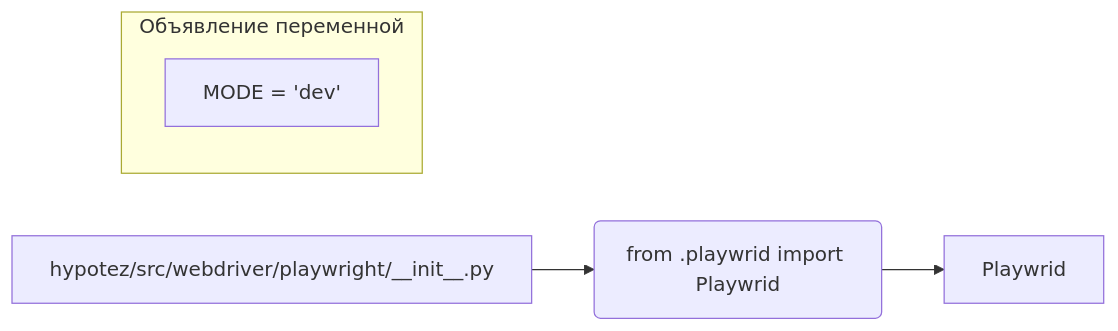
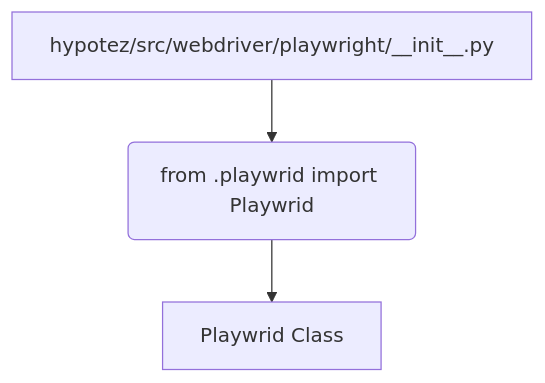
The diagram in docs/gemini/ru/explainer/src/webdriver/playwright/__init__.md (hypo69/hypo), drawn with Mermaid before and after one commit. The commit also changed other lines of this file and 311 other files, not shown here.

````diff
--- a/docs/gemini/ru/explainer/src/webdriver/playwright/__init__.md
+++ b/docs/gemini/ru/explainer/src/webdriver/playwright/__init__.md
@@ -40,8 +28,5 @@
 ```mermaid
-graph LR
+graph TD
     A[hypotez/src/webdriver/playwright/__init__.py] --> B(from .playwrid import Playwrid);
-    B --> C[Playwrid];
-    subgraph Объявление переменной
-        D[MODE = 'dev']
-    end
+    B --> C[Playwrid Class];
 ```
````
